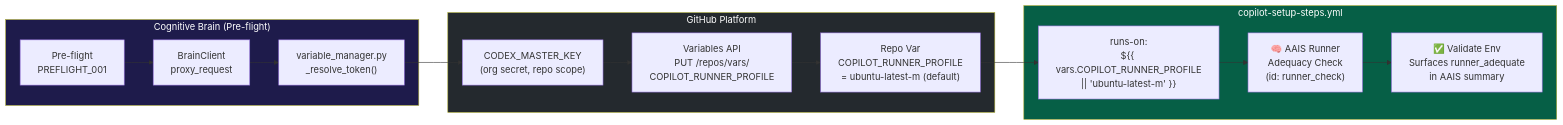
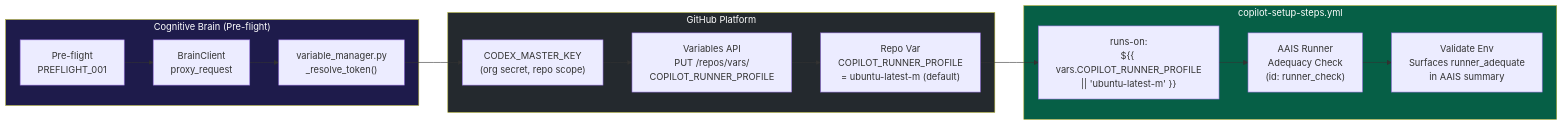
Before and after one commit to Aries-Serpent/_codex_: the sixth of 8 diagrams in docs/plans/larger-runners-upgrade.md, drawn with Mermaid. The commit also changed other lines of this file and 2029 other files, not shown here.

````diff
--- a/docs/plans/larger-runners-upgrade.md
+++ b/docs/plans/larger-runners-upgrade.md
@@ -320,25 +322,25 @@
 ```mermaid
 %%{init: {'accessibility': {'title': 'Flowchart showing "Cognitive Brain (Pre-flight)", Pre-flight\nPREFLIGHT_001'}}%%
 graph LR
     subgraph CB["Cognitive Brain (Pre-flight)"]
         PP[Pre-flight\nPREFLIGHT_001]
         BC[BrainClient\nproxy_request]
         VM["variable_manager.py\n_resolve_token()"]
     end
     subgraph GH["GitHub Platform"]
         MK["CODEX_MASTER_KEY\n(org secret, repo scope)"]
         VA["Variables API\nPUT /repos/vars/\nCOPILOT_RUNNER_PROFILE"]
         RV["Repo Var\nCOPILOT_RUNNER_PROFILE\n= ubuntu-latest-m (default)"]
     end
     subgraph WF["copilot-setup-steps.yml"]
         RO["runs-on:\n${{ vars.COPILOT_RUNNER_PROFILE\n|| 'ubuntu-latest-m' }}"]
-        AC["🧠 AAIS Runner\nAdequacy Check\n(id: runner_check)"]
-        VS["✅ Validate Env\nSurfaces runner_adequate\nin AAIS summary"]
+        AC[" AAIS Runner\nAdequacy Check\n(id: runner_check)"]
+        VS[" Validate Env\nSurfaces runner_adequate\nin AAIS summary"]
     end
 
     PP --> BC --> VM --> MK --> VA --> RV --> RO --> AC --> VS
 
     style CB fill:#1e1b4b,color:#fff
     style GH fill:#24292e,color:#fff
     style WF fill:#065f46,color:#fff
 ```
````
